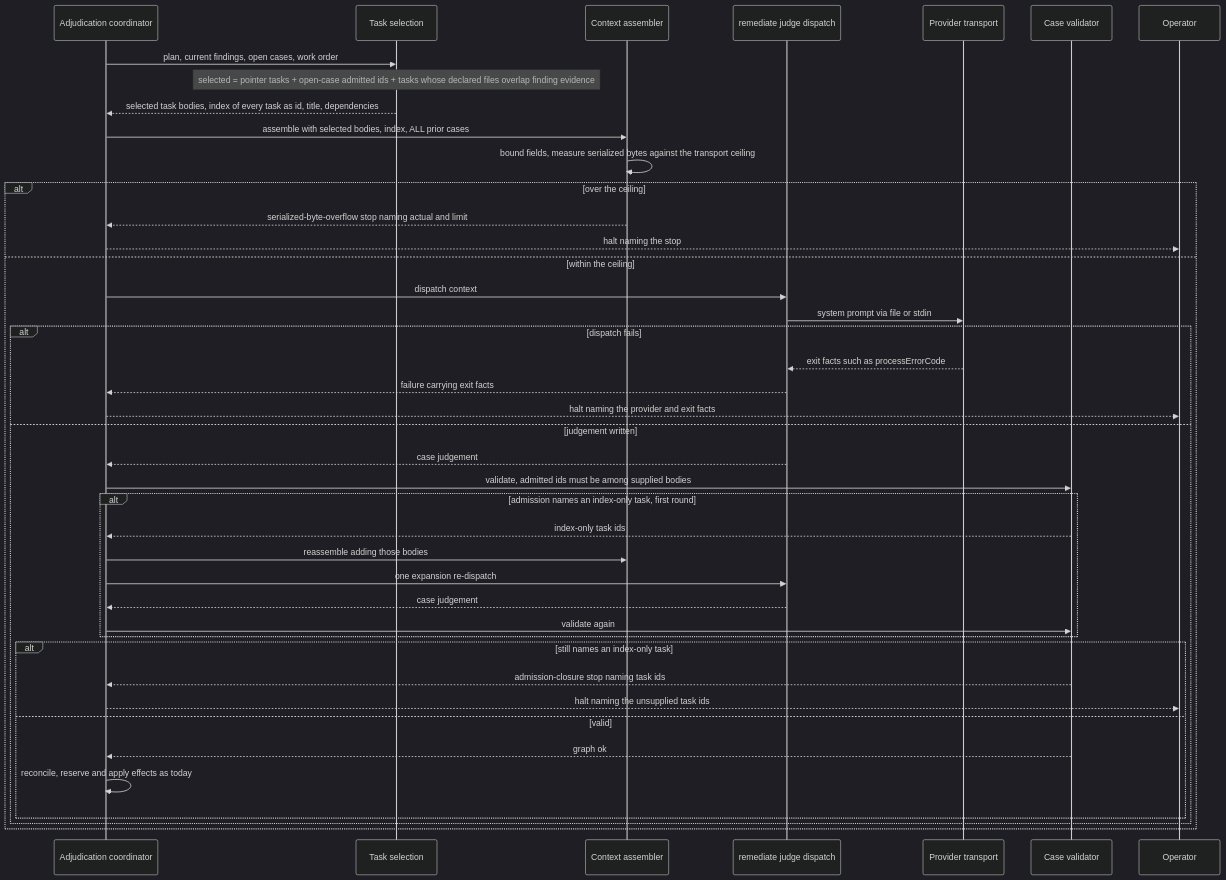
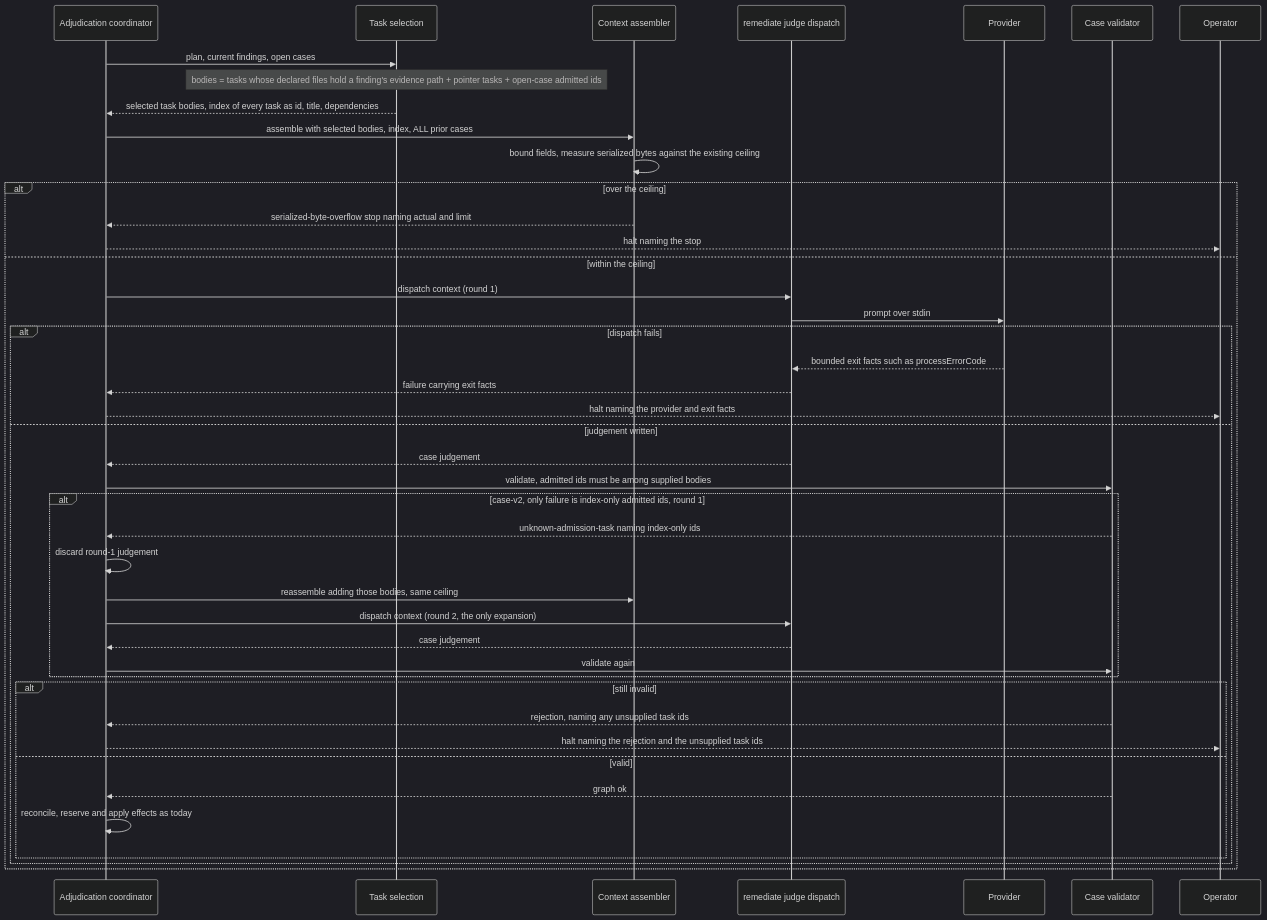
The diagram in .docs/architecture/build-review-remediate-context-grows-with-the-whol.md (jstoup111/ai-conductor), drawn with Mermaid (dark theme) before and after one commit. The commit also changed other lines of this file and 2 other files, not shown here.

Commit message:
spec: revise #3291 track, complexity and sequence after #3271 landed

````diff
--- a/.docs/architecture/build-review-remediate-context-grows-with-the-whol.md
+++ b/.docs/architecture/build-review-remediate-context-grows-with-the-whol.md
@@ -16,45 +16,46 @@
 ```mermaid
 sequenceDiagram
   participant Coord as Adjudication coordinator
   participant Sel as Task selection
   participant Ctx as Context assembler
   participant Judge as remediate judge dispatch
-  participant Prov as Provider transport
+  participant Prov as Provider
   participant Val as Case validator
   participant Op as Operator
 
-  Coord->>Sel: plan, current findings, open cases, work order
-  Note over Sel: selected = pointer tasks + open-case admitted ids + tasks whose declared files overlap finding evidence
+  Coord->>Sel: plan, current findings, open cases
+  Note over Sel: bodies = tasks whose declared files hold a finding's evidence path + pointer tasks + open-case admitted ids
   Sel-->>Coord: selected task bodies, index of every task as id, title, dependencies
   Coord->>Ctx: assemble with selected bodies, index, ALL prior cases
-  Ctx->>Ctx: bound fields, measure serialized bytes against the transport ceiling
+  Ctx->>Ctx: bound fields, measure serialized bytes against the existing ceiling
   alt over the ceiling
     Ctx-->>Coord: serialized-byte-overflow stop naming actual and limit
     Coord-->>Op: halt naming the stop
   else within the ceiling
-    Coord->>Judge: dispatch context
-    Judge->>Prov: system prompt via file or stdin
+    Coord->>Judge: dispatch context (round 1)
+    Judge->>Prov: prompt over stdin
     alt dispatch fails
-      Prov-->>Judge: exit facts such as processErrorCode
+      Prov-->>Judge: bounded exit facts such as processErrorCode
       Judge-->>Coord: failure carrying exit facts
       Coord-->>Op: halt naming the provider and exit facts
     else judgement written
       Judge-->>Coord: case judgement
       Coord->>Val: validate, admitted ids must be among supplied bodies
-      alt admission names an index-only task, first round
-        Val-->>Coord: index-only task ids
-        Coord->>Ctx: reassemble adding those bodies
-        Coord->>Judge: one expansion re-dispatch
+      alt case-v2, only failure is index-only admitted ids, round 1
+        Val-->>Coord: unknown-admission-task naming index-only ids
+        Coord->>Coord: discard round-1 judgement
+        Coord->>Ctx: reassemble adding those bodies, same ceiling
+        Coord->>Judge: dispatch context (round 2, the only expansion)
         Judge-->>Coord: case judgement
         Coord->>Val: validate again
       end
-      alt still names an index-only task
-        Val-->>Coord: admission-closure stop naming task ids
-        Coord-->>Op: halt naming the unsupplied task ids
+      alt still invalid
+        Val-->>Coord: rejection, naming any unsupplied task ids
+        Coord-->>Op: halt naming the rejection and the unsupplied task ids
       else valid
         Val-->>Coord: graph ok
         Coord->>Coord: reconcile, reserve and apply effects as today
       end
     end
   end
 ```
````
